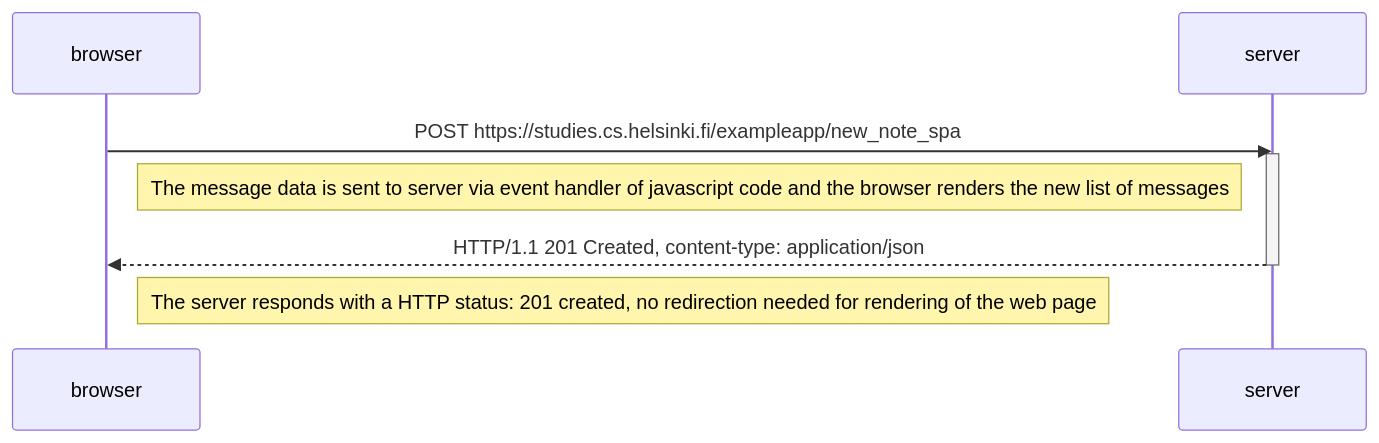
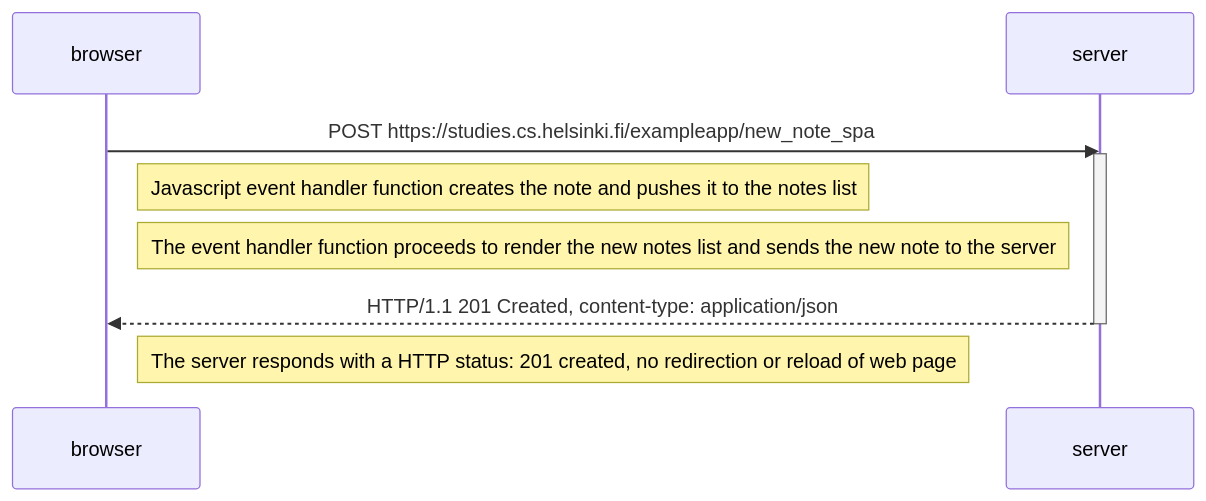
The diagram in Osa0/0.6 uusi muistiinpaino.md (theskelinen/fullstack-palautusrepositorio), drawn with Mermaid before and after one commit.

Commit message:
Update 0.6 uusi muistiinpaino.md

````diff
--- a/Osa0/0.6 uusi muistiinpaino.md
+++ b/Osa0/0.6 uusi muistiinpaino.md
@@ -1,15 +1,17 @@
 ```mermaid
 sequenceDiagram
     participant browser
     participant server
 
     browser->>server: POST https://studies.cs.helsinki.fi/exampleapp/new_note_spa
     activate server
 
-    Note right of browser: The message data is sent to server via event handler of javascript code and the browser renders the new list of messages
+    Note right of browser: Javascript event handler function creates the note and pushes it to the notes list
+
+    Note right of browser: The event handler function proceeds to render the new notes list and sends the new note to the server
 
     server-->>browser: HTTP/1.1 201 Created, content-type: application/json
     deactivate server
 
-    Note right of browser: The server responds with a HTTP status: 201 created, no redirection needed for rendering of the web page
+    Note right of browser: The server responds with a HTTP status: 201 created, no redirection or reload of web page
 ```
````
